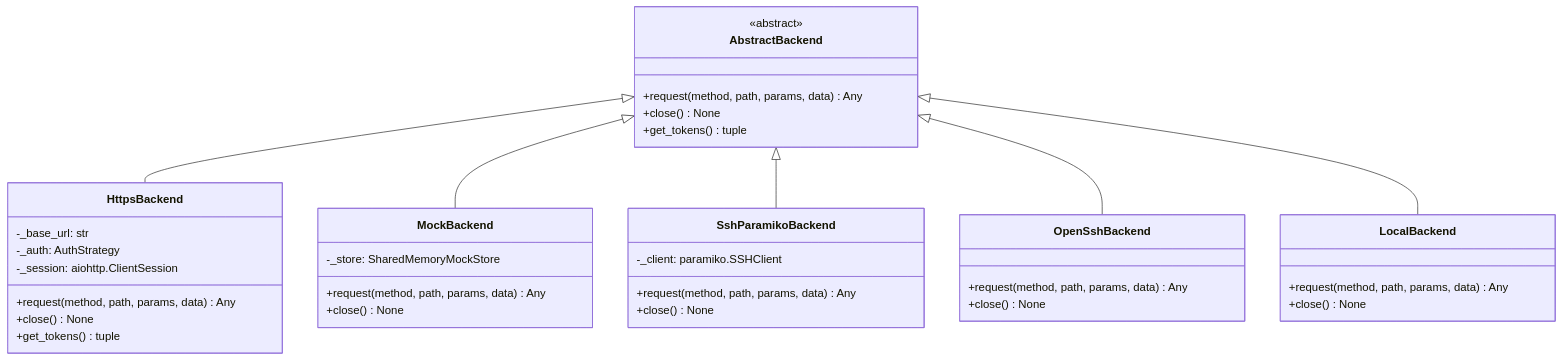
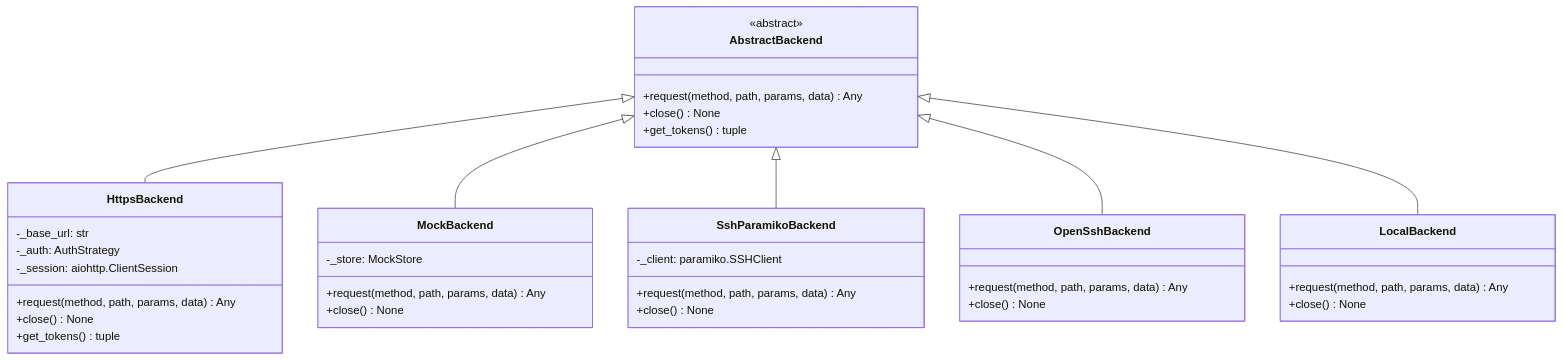
One commit to emersonfelipesp/proxmox-sdk changed the second of 4 diagrams in docs/sdk-internals.md. Above: the diagram before and after it, drawn with Mermaid. The commit also changed other lines of this file and 8 other files, not shown here.

Commit message:
docs: document performance architecture

````diff
--- a/docs/sdk-internals.md
+++ b/docs/sdk-internals.md
@@ -128,41 +128,41 @@
 ```mermaid
 classDiagram
     class AbstractBackend {
         <<abstract>>
         +request(method, path, params, data) Any
         +close() None
         +get_tokens() tuple
     }
     class HttpsBackend {
         -_base_url: str
         -_auth: AuthStrategy
         -_session: aiohttp.ClientSession
         +request(method, path, params, data) Any
         +close() None
         +get_tokens() tuple
     }
     class MockBackend {
-        -_store: SharedMemoryMockStore
+        -_store: MockStore
         +request(method, path, params, data) Any
         +close() None
     }
     class SshParamikoBackend {
         -_client: paramiko.SSHClient
         +request(method, path, params, data) Any
         +close() None
     }
     class OpenSshBackend {
         +request(method, path, params, data) Any
         +close() None
     }
     class LocalBackend {
         +request(method, path, params, data) Any
         +close() None
     }
 
     AbstractBackend <|-- HttpsBackend
     AbstractBackend <|-- MockBackend
     AbstractBackend <|-- SshParamikoBackend
     AbstractBackend <|-- OpenSshBackend
     AbstractBackend <|-- LocalBackend
 ```
````
